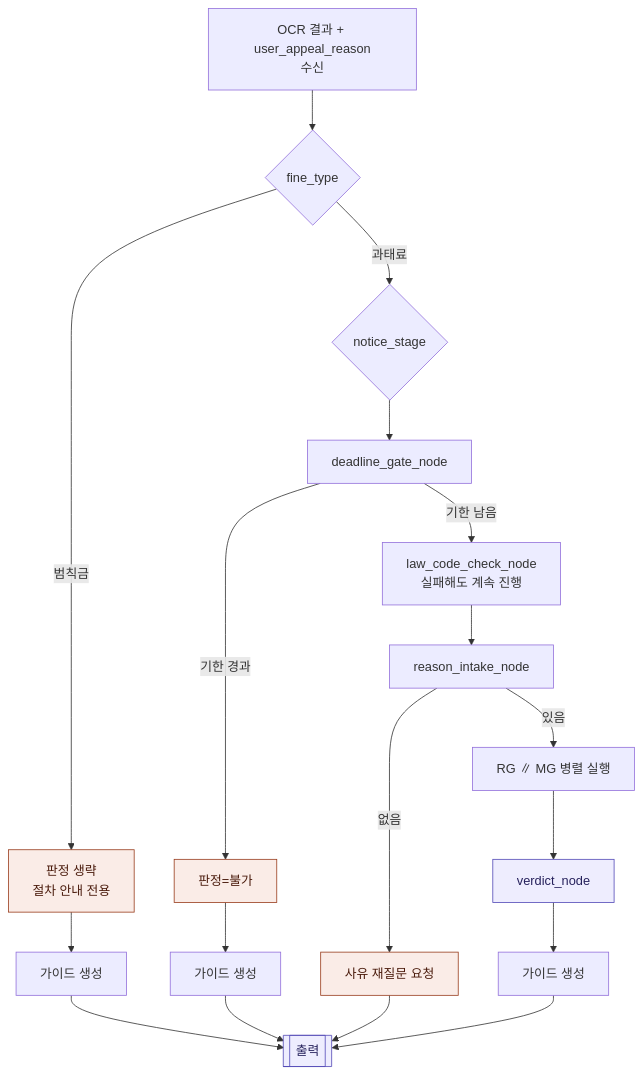
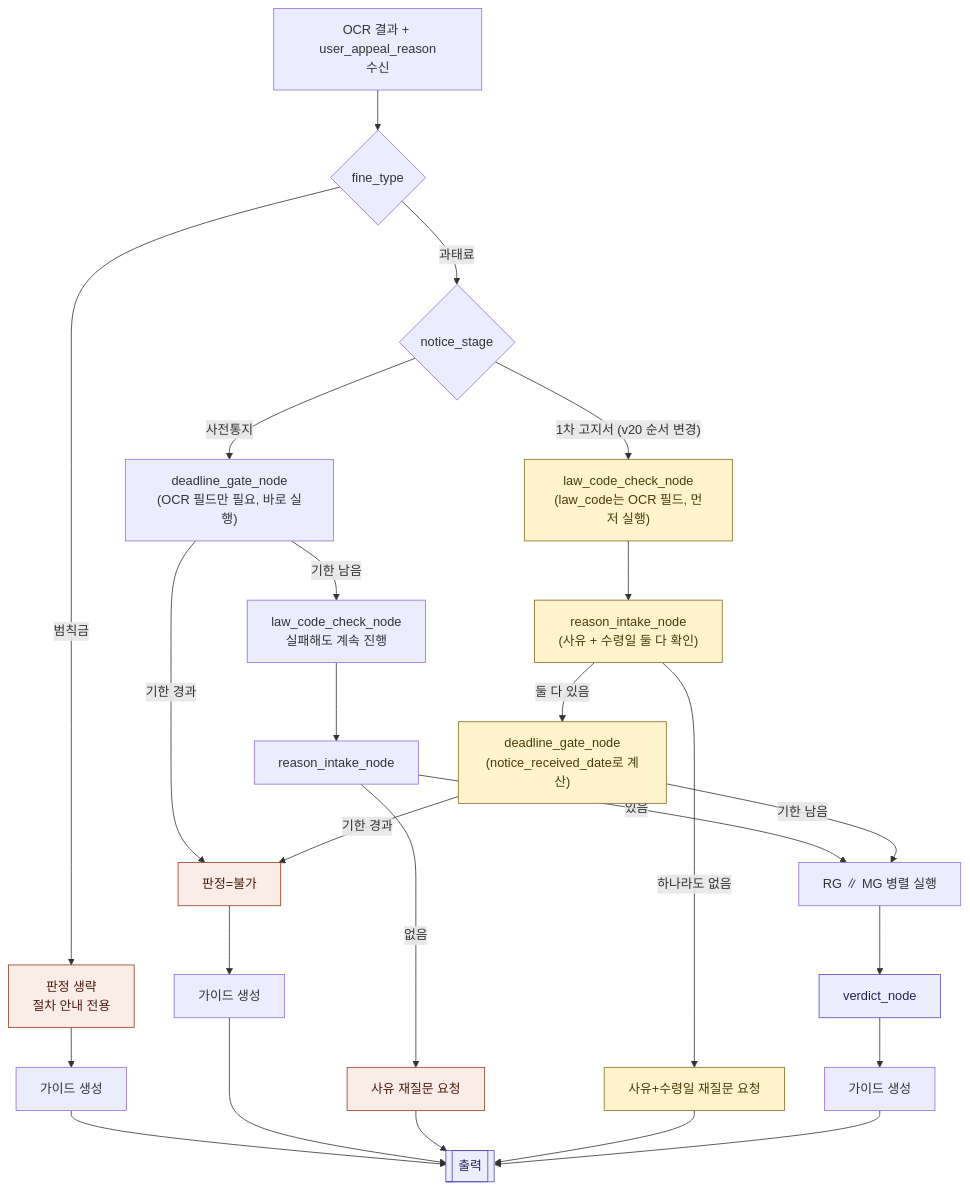
Before and after one commit to SKNETWORKS-FAMILY-AICAMP/SKN27-FINAL-3Team: the second of 2 diagrams in 설계문서/01_아키텍처_설계서.md, drawn with Mermaid. The commit also changed other lines of this file and 10 other files, not shown here.

````diff
--- a/설계문서/01_아키텍처_설계서.md
+++ b/설계문서/01_아키텍처_설계서.md
@@ -94,18 +98,29 @@
 ```mermaid
 flowchart TD
-    A[OCR 결과 + user_appeal_reason<br/>수신] --> B{fine_type}
-    B -->|범칙금| D[판정 생략<br/>절차 안내 전용] --> G3[가이드 생성] --> OUT[[출력]]
-    B -->|과태료| ST{notice_stage}
-    ST --> DGATE[deadline_gate_node]
-    DGATE -->|기한 경과| DENY[판정=불가] --> G2[가이드 생성] --> OUT
-    DGATE -->|기한 남음| LCHK[law_code_check_node<br/>실패해도 계속 진행]
-    LCHK --> RI[reason_intake_node]
-    RI -->|없음| REQ[사유 재질문 요청] --> OUT
-    RI -->|있음| RGMG["RG ∥ MG 병렬 실행"]
-    RGMG --> E[verdict_node] --> G[가이드 생성] --> OUT
+    A["OCR 결과 + user_appeal_reason<br/>수신"] --> B{"fine_type"}
+    B -->|"범칙금"| D["판정 생략<br/>절차 안내 전용"] --> G3["가이드 생성"] --> OUT[["출력"]]
+    B -->|"과태료"| ST{"notice_stage"}
+
+    ST -->|"사전통지"| DGATE_A["deadline_gate_node<br/>(OCR 필드만 필요, 바로 실행)"]
+    DGATE_A -->|"기한 경과"| DENY["판정=불가"] --> G2["가이드 생성"] --> OUT
+    DGATE_A -->|"기한 남음"| LCHK["law_code_check_node<br/>실패해도 계속 진행"]
+    LCHK --> RI["reason_intake_node"]
+    RI -->|"없음"| REQ["사유 재질문 요청"] --> OUT
+    RI -->|"있음"| RGMG["RG ∥ MG 병렬 실행"]
+
+    ST -->|"1차 고지서 (v20 순서 변경)"| LCHK2["law_code_check_node<br/>(law_code는 OCR 필드, 먼저 실행)"]
+    LCHK2 --> RI2["reason_intake_node<br/>(사유 + 수령일 둘 다 확인)"]
+    RI2 -->|"하나라도 없음"| REQ2["사유+수령일 재질문 요청"] --> OUT
+    RI2 -->|"둘 다 있음"| DGATE_B["deadline_gate_node<br/>(notice_received_date로 계산)"]
+    DGATE_B -->|"기한 경과"| DENY
+    DGATE_B -->|"기한 남음"| RGMG
+
+    RGMG --> E["verdict_node"] --> G["가이드 생성"] --> OUT
 
     classDef term fill:#FAECE7,stroke:#993C1D,color:#4A1B0C;
     classDef ok fill:#EEEDFE,stroke:#534AB7,color:#26215C;
+    classDef new fill:#FFF3CD,stroke:#8A6D1D,color:#4A3B0C;
     class D,DENY,REQ term;
     class E,OUT ok;
+    class LCHK2,RI2,REQ2,DGATE_B new;
 ```
````
